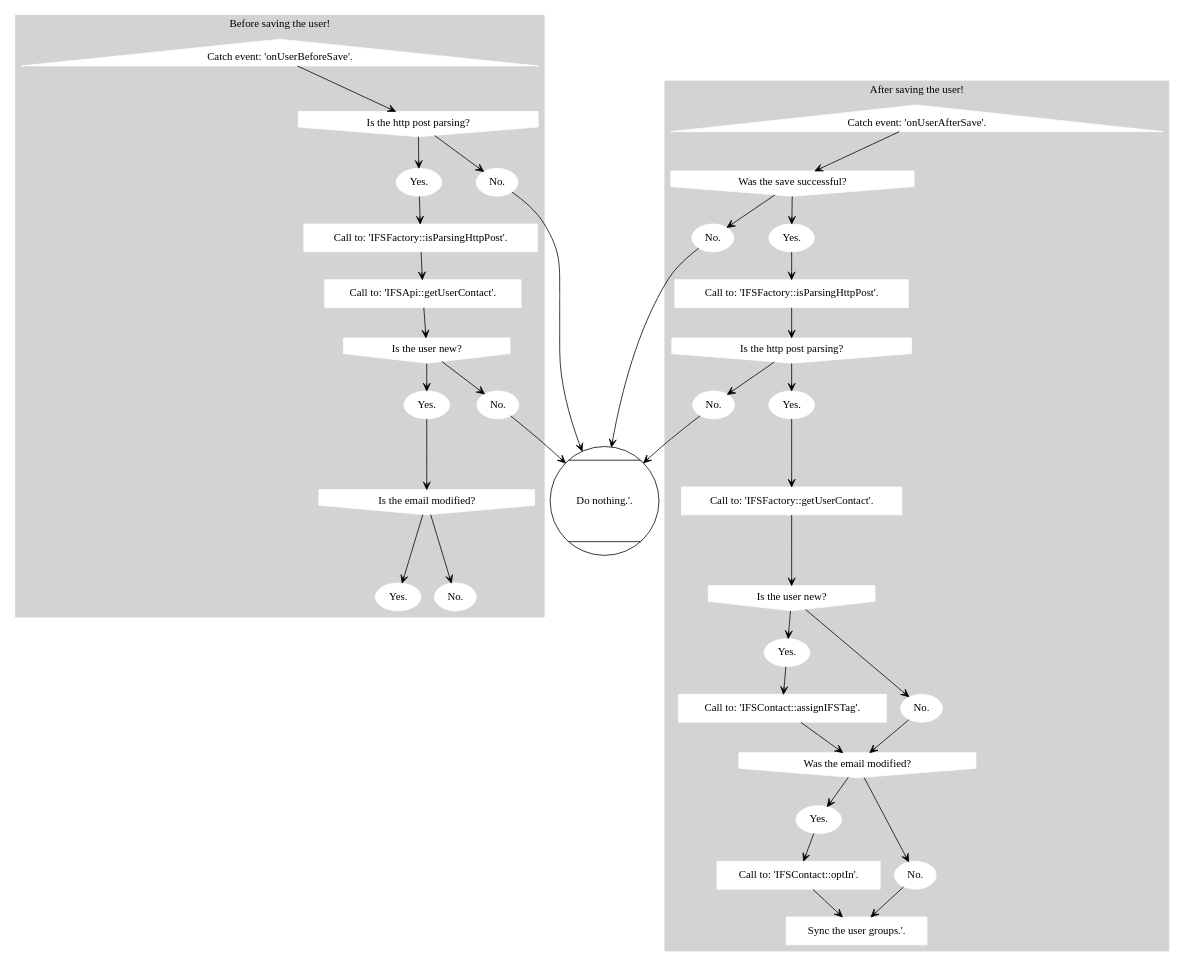
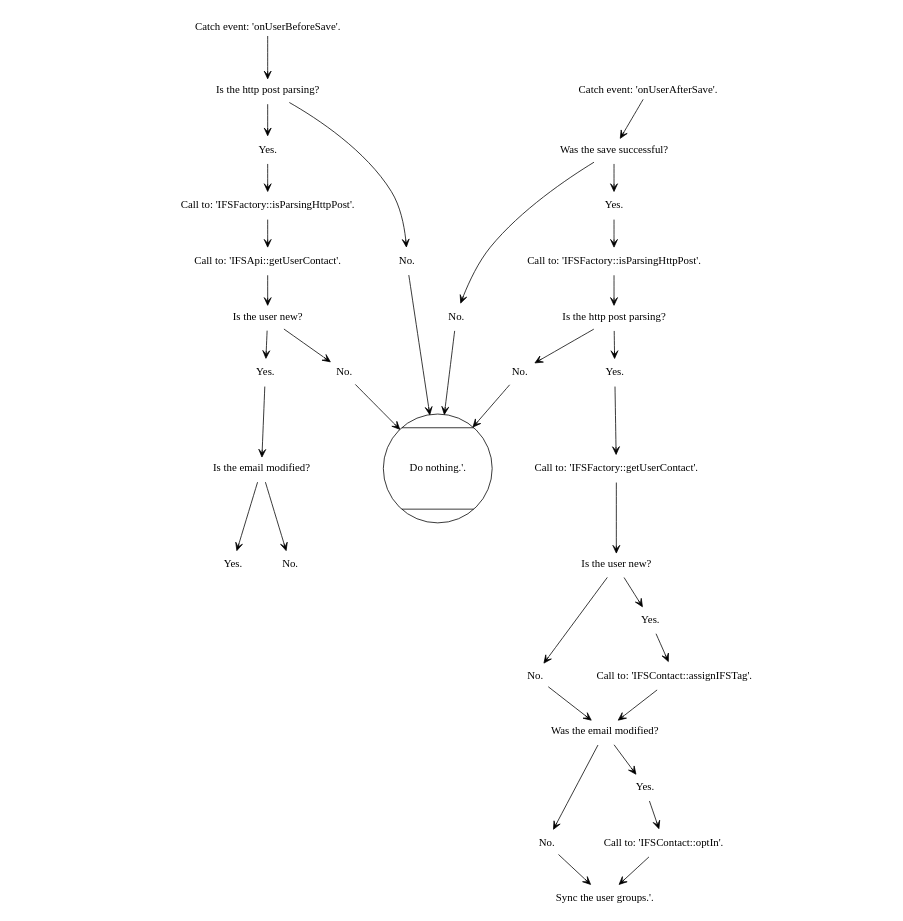
One commit to treste91/JoomFuse changed the diagram in docs/procedures/upload_user.rst. Above: the diagram before and after it, drawn with Graphviz. The commit also changed other lines of this file, not shown here.

```diff
--- a/docs/procedures/upload_user.rst
+++ b/docs/procedures/upload_user.rst
@@ -2,7 +5,7 @@
 
    digraph {
 
-      subgraph cluster_1 {
+      subgraph a {
       
         style=filled;
         color=lightgrey;
@@ -24,7 +27,7 @@
         
       }
       
-      subgraph cluster_2 {
+      subgraph b {
       
         style=filled;
         color=lightgrey;
```
